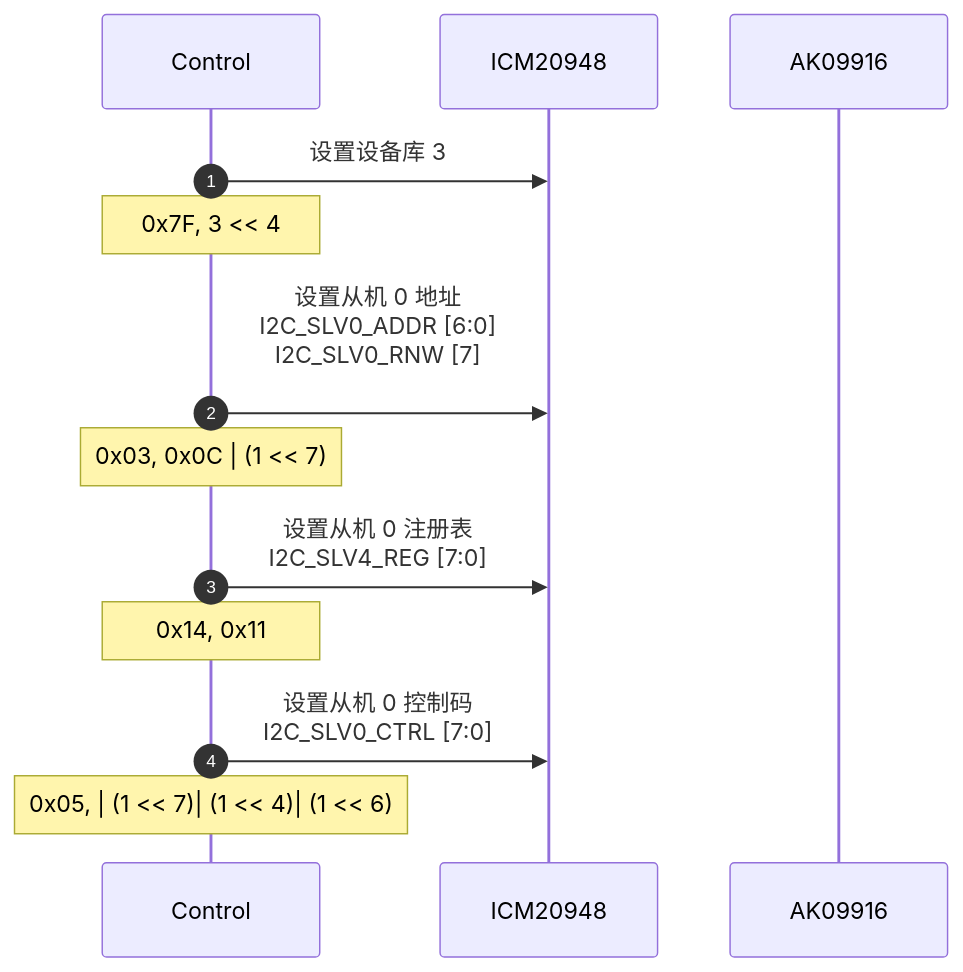
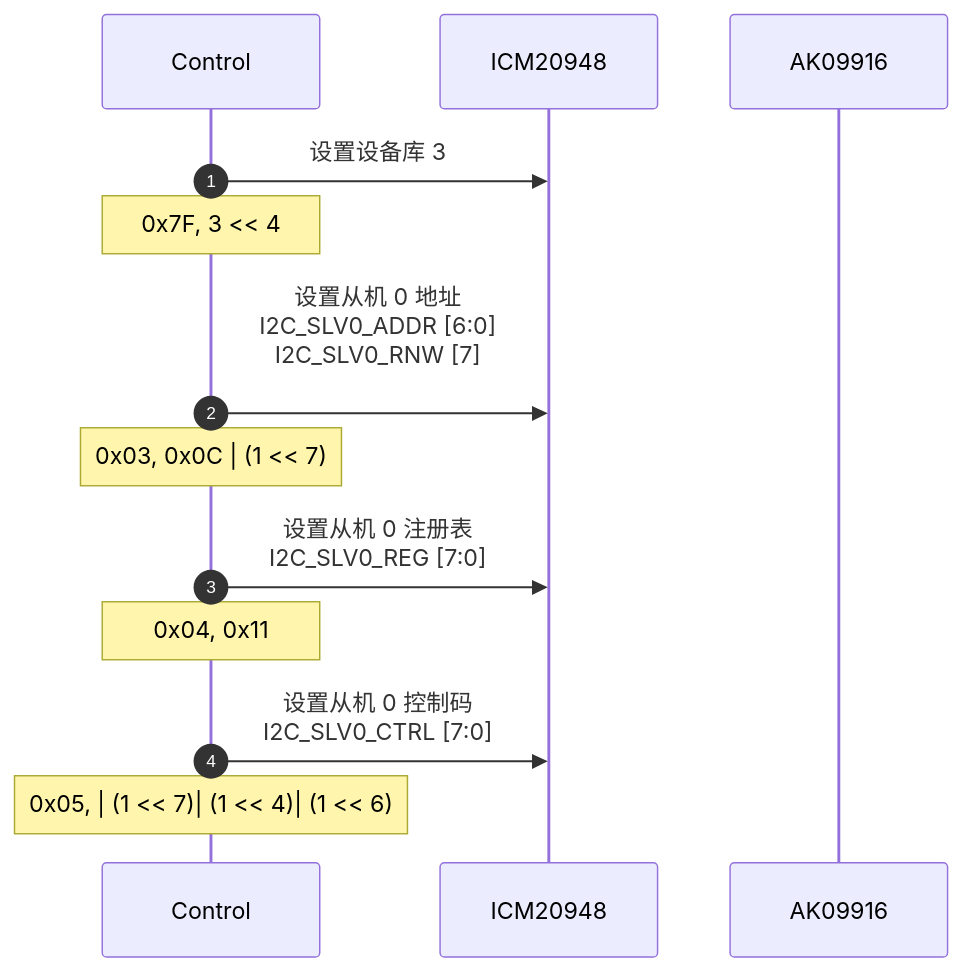
One commit to hkdickyko/hkdickyko.github.io changed the sixth of 6 diagrams in _posts/2025-04-06-mdchart.md. Above: the diagram before and after it, drawn with Mermaid.

```diff
--- a/_posts/2025-04-06-mdchart.md
+++ b/_posts/2025-04-06-mdchart.md
@@ -340,15 +340,15 @@
 <div class="mermaid">
 sequenceDiagram;
    autonumber;
    participant C as Control;
    participant I as ICM20948;
    participant A as AK09916; 
    C->>I: 设置设备库 3;
    note over C: 0x7F, 3 << 4;
    C->>I: 设置从机 0 地址<br/>I2C_SLV0_ADDR [6:0]<br/>I2C_SLV0_RNW [7]<br/>;
    note over C: 0x03, 0x0C | (1 << 7);
-   C->>I: 设置从机 0 注册表<br/>I2C_SLV4_REG [7:0];
-   note over C: 0x14, 0x11;
+   C->>I: 设置从机 0 注册表<br/>I2C_SLV0_REG [7:0];
+   note over C: 0x04, 0x11;
    C->>I: 设置从机 0 控制码<br/>I2C_SLV0_CTRL [7:0];
    note over C: 0x05, | (1 << 7)| (1 << 4)| (1 << 6);
 </div>
```
